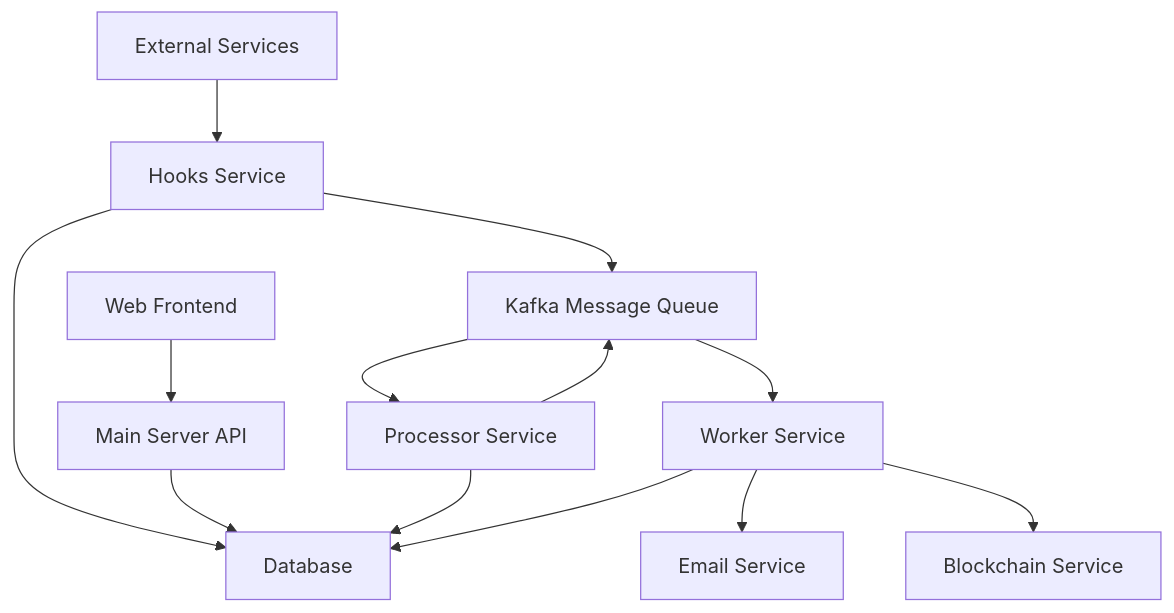
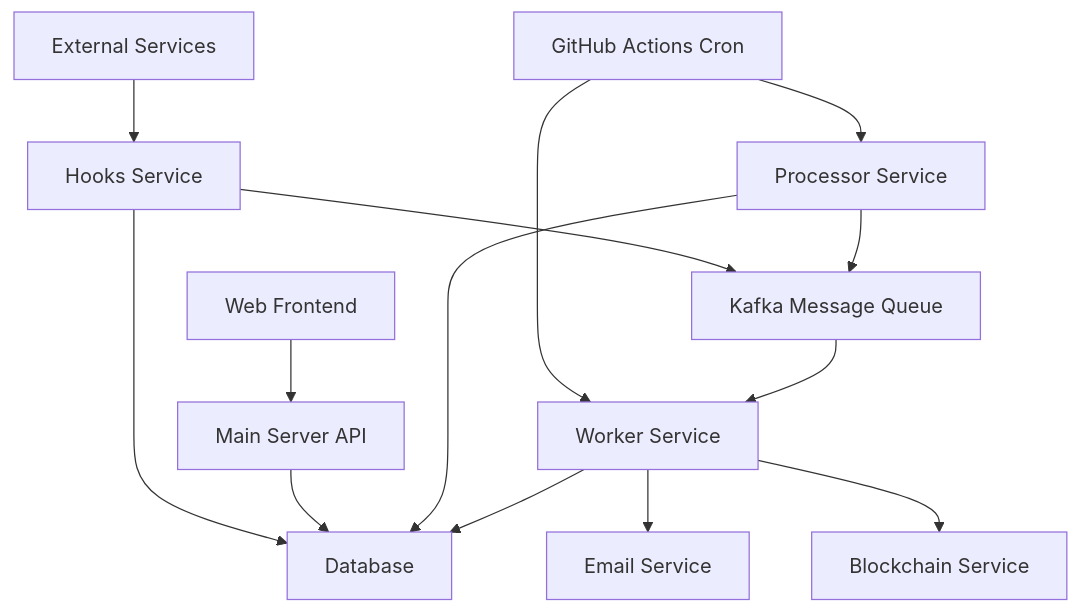
Before and after one commit to Nileshsri2022/zapier: the first of 2 diagrams in README.md, drawn with Mermaid. The commit also changed other lines of this file and 7 other files, not shown here.

````diff
--- a/README.md
+++ b/README.md
@@ -61,15 +61,16 @@
 ```mermaid
 graph TB
     A[Web Frontend] --> B[Main Server API]
     C[External Services] --> D[Hooks Service]
     D --> E[Database]
     B --> E
     D --> F[Kafka Message Queue]
-    F --> G[Processor Service]
-    G --> E
-    G --> F
-    F --> H[Worker Service]
-    H --> I[Email Service]
-    H --> J[Blockchain Service]
+    G[GitHub Actions Cron] --> H[Processor Service]
     H --> E
+    H --> F
+    G --> I[Worker Service]
+    I --> J[Email Service]
+    I --> K[Blockchain Service]
+    I --> E
+    F --> I
 ```
````
